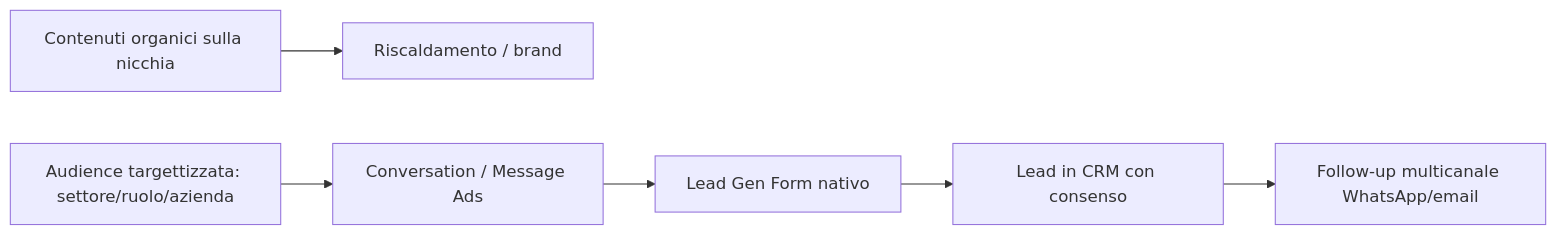
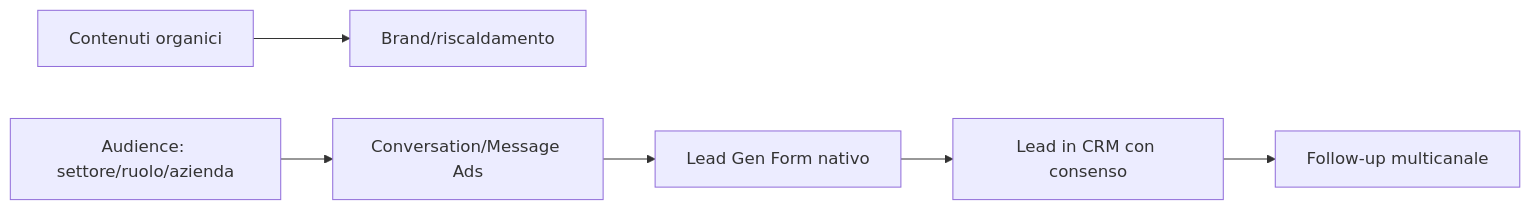
Before and after one commit to indigitmarketing-droid/agents-platform: the third of 6 diagrams in docs/agenti-social-lead-gen/README.md, drawn with Mermaid. The commit also changed other lines of this file and 1 other file, not shown here.

````diff
--- a/docs/agenti-social-lead-gen/README.md
+++ b/docs/agenti-social-lead-gen/README.md
@@ -223,8 +190,8 @@
 ```mermaid
 flowchart LR
-    A[Contenuti organici sulla nicchia] --> B[Riscaldamento / brand]
-    C[Audience targettizzata: settore/ruolo/azienda] --> D[Conversation / Message Ads]
+    A[Contenuti organici] --> B[Brand/riscaldamento]
+    C[Audience: settore/ruolo/azienda] --> D[Conversation/Message Ads]
     D --> E[Lead Gen Form nativo]
     E --> F[Lead in CRM con consenso]
-    F --> G[Follow-up multicanale WhatsApp/email]
+    F --> G[Follow-up multicanale]
 ```
````
